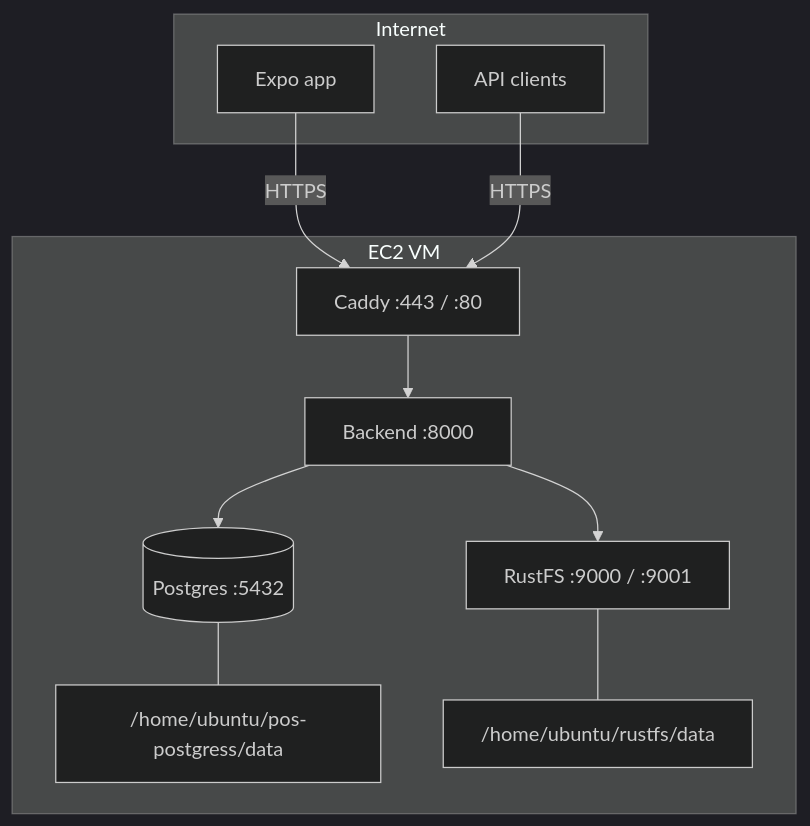
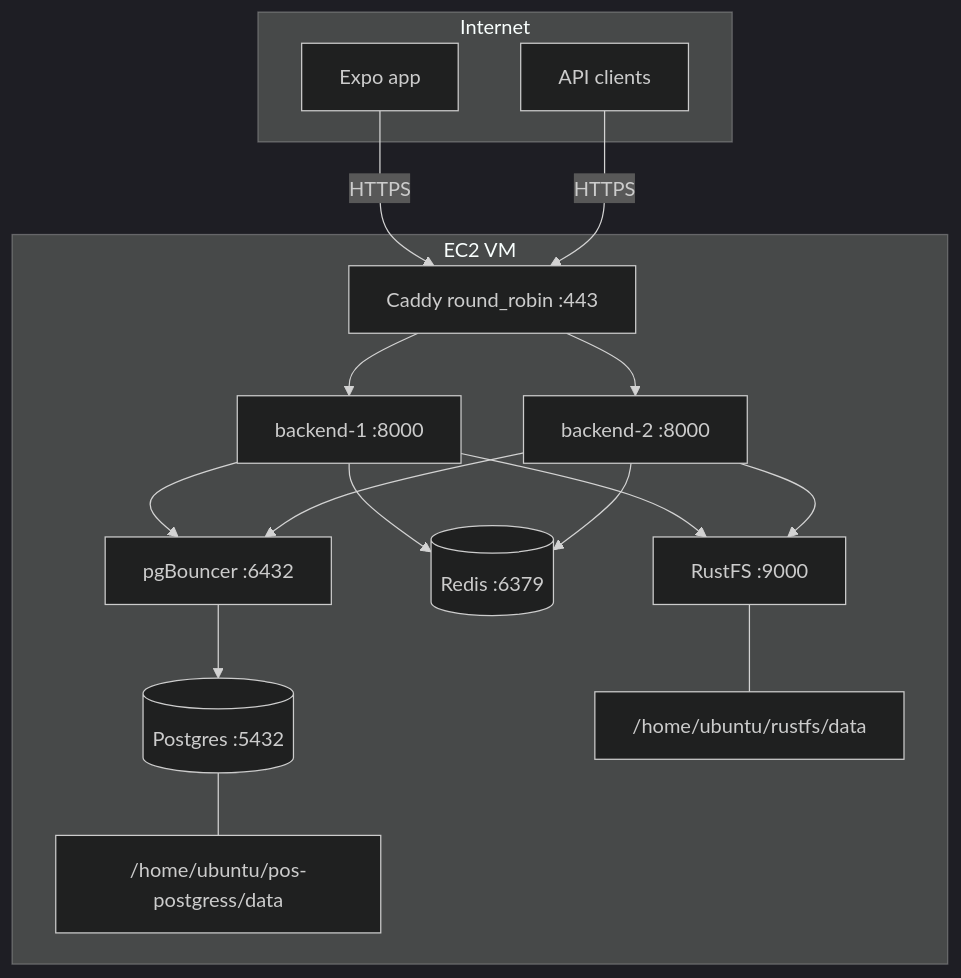
The second of 2 diagrams in README.md (durozen-technologies/Duro_POS), drawn with Mermaid (dark theme) before and after one commit. The commit also changed other lines of this file and 69 other files, not shown here.

Commit message:
Load balancing and pgBouncer for postgres

````diff
--- a/README.md
+++ b/README.md
@@ -175,24 +175,33 @@
 ```mermaid
 flowchart TB
   subgraph internet [Internet]
     Mobile[Expo app]
     Clients[API clients]
   end
 
   subgraph ec2 [EC2 VM]
-    Caddy[Caddy :443 / :80]
-    Backend[Backend :8000]
+    Caddy[Caddy round_robin :443]
+    BE1[backend-1 :8000]
+    BE2[backend-2 :8000]
+    PGB[pgBouncer :6432]
     Postgres[(Postgres :5432)]
-    RustFS[RustFS :9000 / :9001]
+    Redis[(Redis :6379)]
+    RustFS[RustFS :9000]
     PGData["/home/ubuntu/pos-postgress/data"]
     RFData["/home/ubuntu/rustfs/data"]
   end
 
   Mobile -->|HTTPS| Caddy
   Clients -->|HTTPS| Caddy
-  Caddy --> Backend
-  Backend --> Postgres
-  Backend --> RustFS
+  Caddy --> BE1
+  Caddy --> BE2
+  BE1 --> PGB
+  BE2 --> PGB
+  PGB --> Postgres
+  BE1 --> RustFS
+  BE2 --> RustFS
+  BE1 --> Redis
+  BE2 --> Redis
   Postgres --- PGData
   RustFS --- RFData
 ```
````
